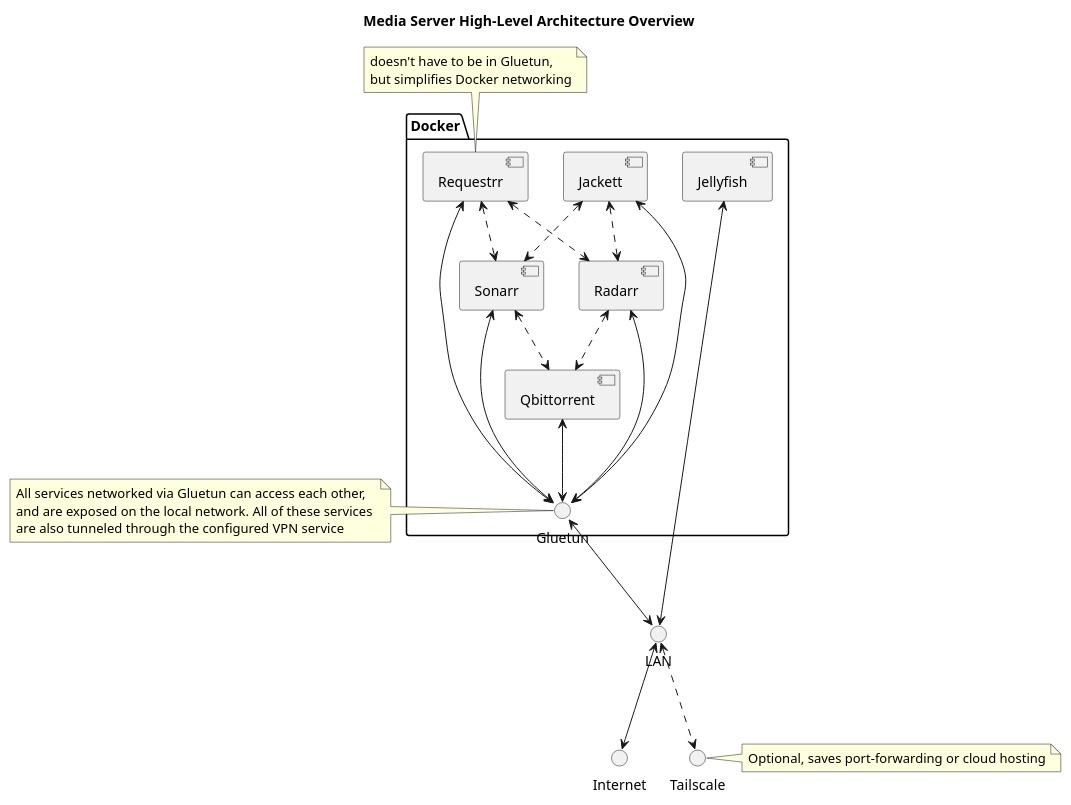
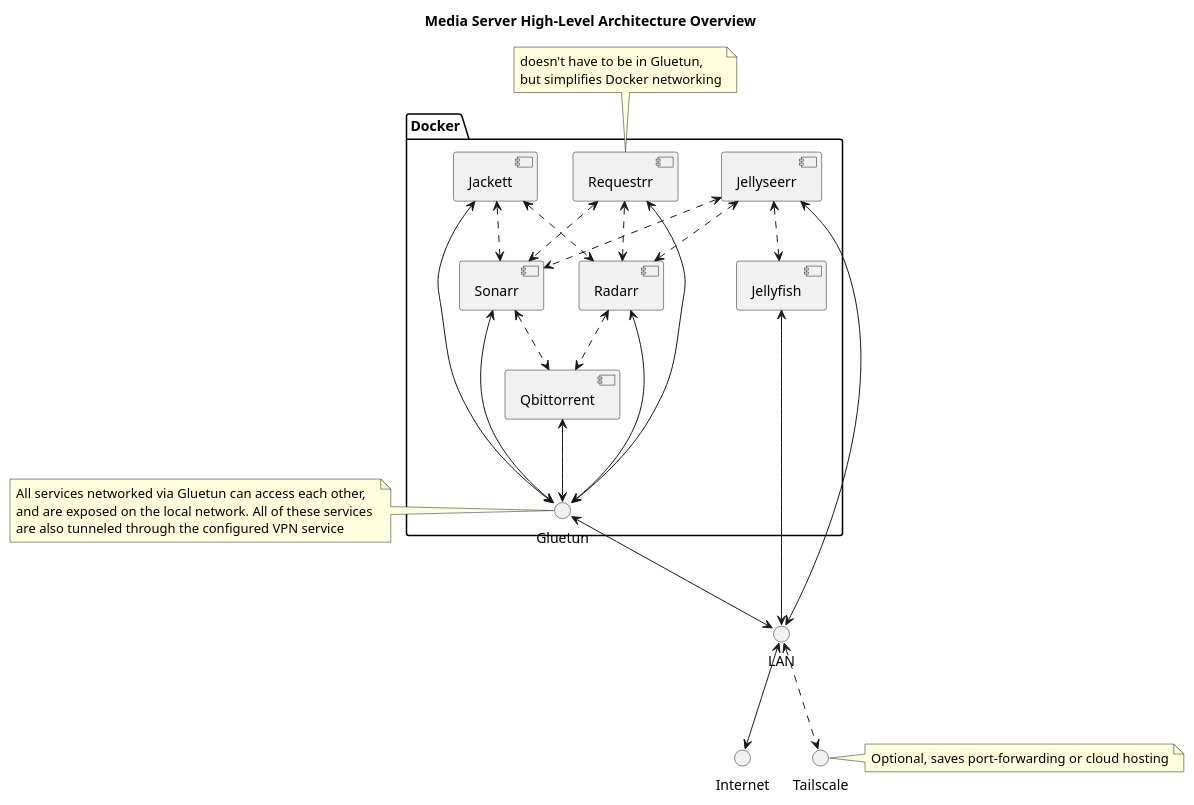
Before and after one commit to mhwdvs/media-server: the diagram in design.puml, drawn with PlantUML. The commit also changed 20 other files, not shown here.

```diff
--- a/design.puml
+++ b/design.puml
@@ -1,50 +1,56 @@
 @startuml Media Server High-Level Architecture Overview
 title Media Server High-Level Architecture Overview
 
 package Docker{
     [Jellyfish]
+    [Jellyseerr]
     [Jackett]
     [Sonarr]
     [Radarr]
     [Qbittorrent]
     [Requestrr]
     () Gluetun
 }
 
 Jackett <..> Sonarr
 Jackett <..> Radarr
 
 Sonarr <..> Qbittorrent
 Radarr <..> Qbittorrent
 
 Requestrr <..> Sonarr
 Requestrr <..> Radarr
 
 Jackett <--> Gluetun
 Sonarr <--> Gluetun
 Radarr <--> Gluetun
 Qbittorrent <--> Gluetun
 Requestrr <--> Gluetun
 
 note top of Requestrr
     doesn't have to be in Gluetun,
     but simplifies Docker networking
 end note
 
+Jellyseerr <..> Jellyfish
+Jellyseerr <..> Sonarr
+Jellyseerr <..> Radarr
+
+Jellyseerr <--> LAN
 Jellyfish <--> LAN
 Gluetun <--> LAN
 
 note left of Gluetun
     All services networked via Gluetun can access each other,
     and are exposed on the local network. All of these services 
     are also tunneled through the configured VPN service
 end note
 
 LAN <..> Tailscale
 LAN <--> Internet
 
 note right of Tailscale
     Optional, saves port-forwarding or cloud hosting
 end note
 
 @enduml
```
